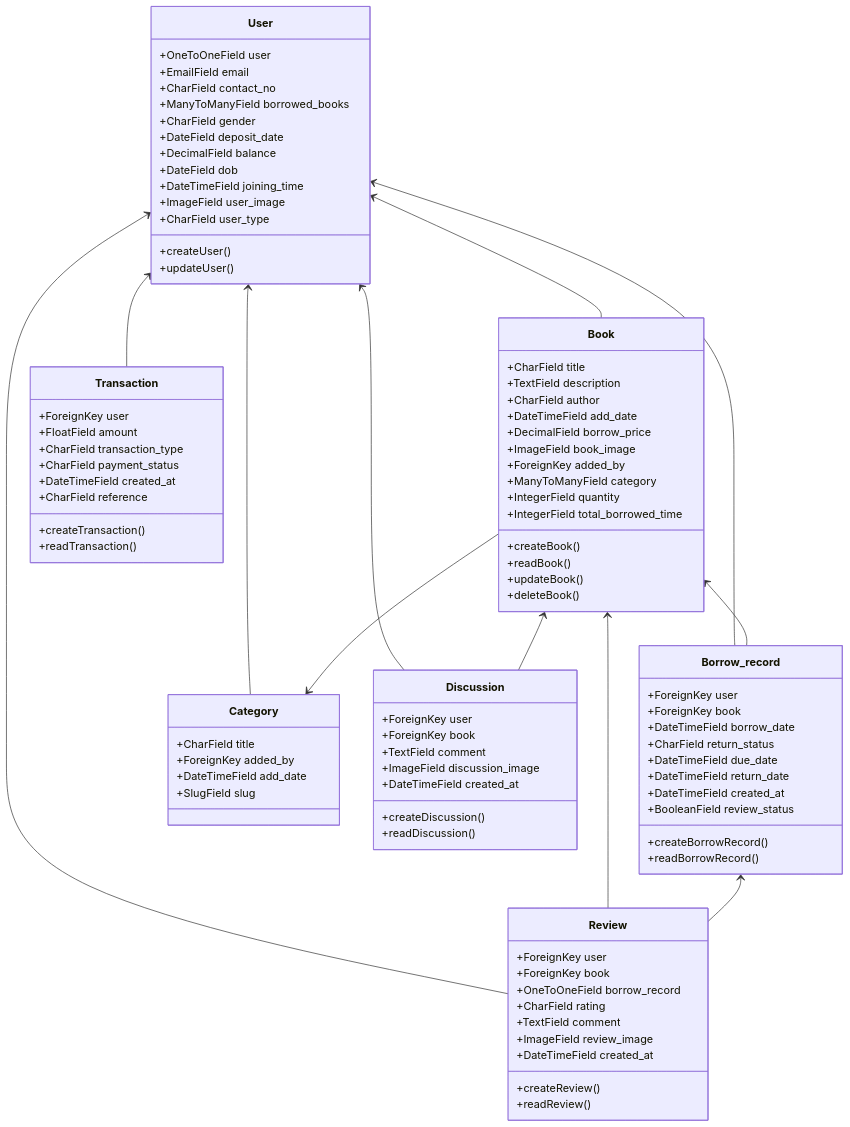
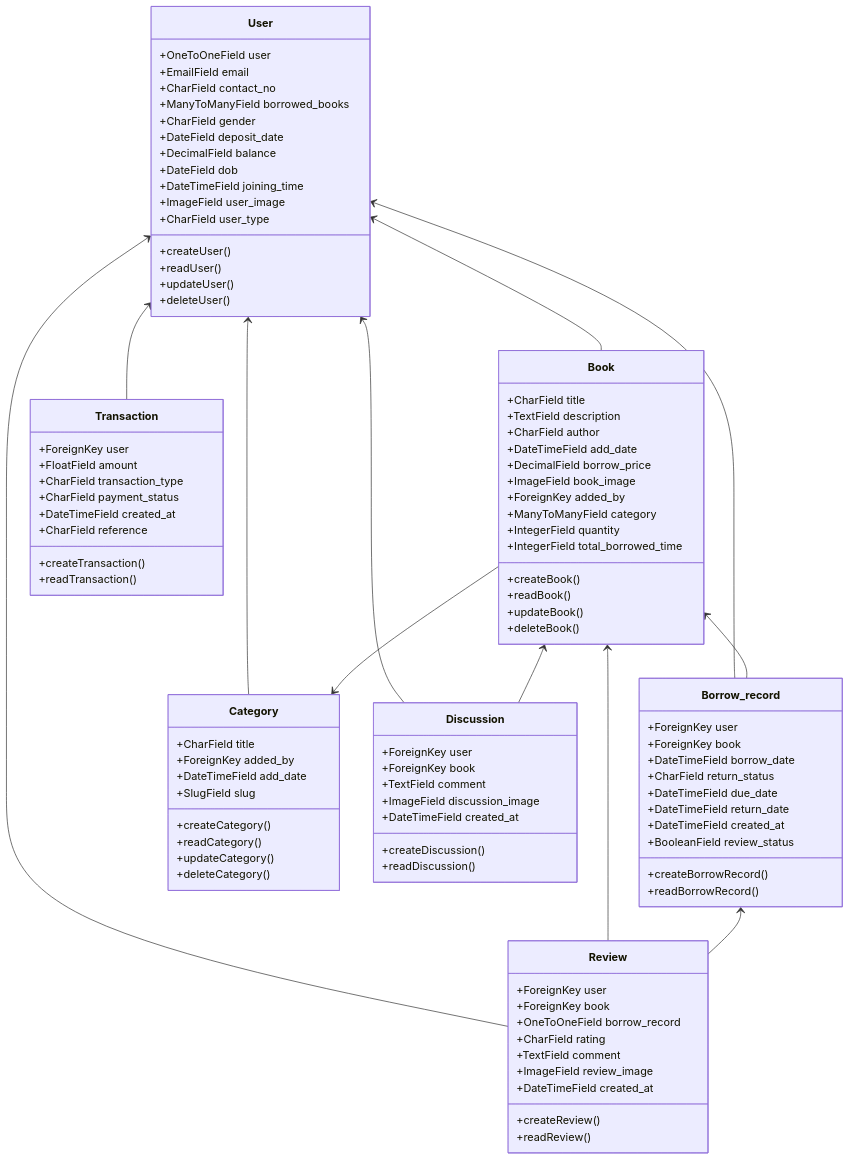
The diagram in Class_Diagram.mmd (Arannamoy/BookLoop), drawn with Mermaid before and after one commit.

Commit message:
upd:Class_diagram.mmd

```diff
--- a/Class_Diagram.mmd
+++ b/Class_Diagram.mmd
@@ -1,116 +1,124 @@
 classDiagram
 direction TB
 
 class User {
     +OneToOneField user
     +EmailField email
     +CharField contact_no
     +ManyToManyField borrowed_books
     +CharField gender
     +DateField deposit_date
     +DecimalField balance
     +DateField dob
     +DateTimeField joining_time
     +ImageField user_image
     +CharField user_type
     +createUser()
+    +readUser()
     +updateUser()
+    +deleteUser()
 }
 
 class Book {
     +CharField title
     +TextField description
     +CharField author
     +DateTimeField add_date
     +DecimalField borrow_price
     +ImageField book_image
     +ForeignKey added_by
     +ManyToManyField category
     +IntegerField quantity
     +IntegerField total_borrowed_time
     +createBook()
     +readBook()
     +updateBook()
     +deleteBook()
 }
 
 class Borrow_record {
     +ForeignKey user
     +ForeignKey book
     +DateTimeField borrow_date
     +CharField return_status
     +DateTimeField due_date
     +DateTimeField return_date
     +DateTimeField created_at
     +BooleanField review_status
     +createBorrowRecord()
     +readBorrowRecord()
 }
 
 class Category {
     +CharField title
     +ForeignKey added_by
     +DateTimeField add_date
     +SlugField slug
+    +createCategory()
+    +readCategory()
+    +updateCategory()
+    +deleteCategory()
 }
 
 class Discussion {
     +ForeignKey user
     +ForeignKey book
     +TextField comment
     +ImageField discussion_image
     +DateTimeField created_at
     +createDiscussion()
     +readDiscussion()
 }
 
 class Review {
     +ForeignKey user
     +ForeignKey book
     +OneToOneField borrow_record
     +CharField rating
     +TextField comment
     +ImageField review_image
     +DateTimeField created_at
     +createReview()
     +readReview()
 }
 
 class Transaction {
     +ForeignKey user
     +FloatField amount
     +CharField transaction_type
     +CharField payment_status
     +DateTimeField created_at
     +CharField reference
     +createTransaction()
     +readTransaction()
 }
 
 
 User  <--  Book 
 User  <--  Borrow_record 
 User  <--  Discussion
 User  <--  Review 
 User  <--  Transaction 
 User  <--  Category 
 Book  <--  Borrow_record 
 Book  <--  Discussion 
 Book  <--  Review
 Book  -->  Category 
+
+
 Borrow_record  <--  Review 
 %% %% ===== Relationships =====
 %% User "1" -- "many" Book : added_by
 %% User "1" -- "many" Borrow_record : user_borrow_record
 %% User "1" -- "many" Discussion : user_discussions
 %% User "1" -- "many" Review : user_reviews
 %% User "1" -- "many" Transaction : user_transaction
 %% User "1" -- "many" Category : added_by
 %% User "many" -- "many" Book : borrowed_books
 
 %% Book "1" -- "many" Borrow_record : book
 %% Book "1" -- "many" Discussion : book_discussions
 %% Book "1" -- "many" Review : book_reviews
 %% Book "many" -- "many" Category : book_categories
 
 %% Borrow_record "1" -- "1" Review : borrow_reviews
```
